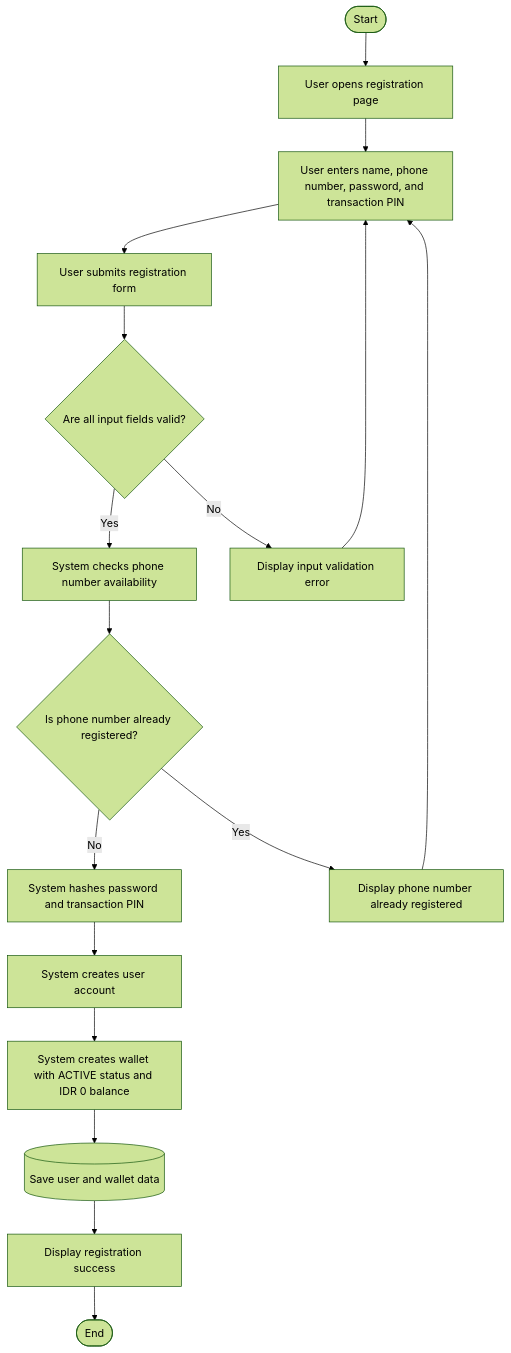
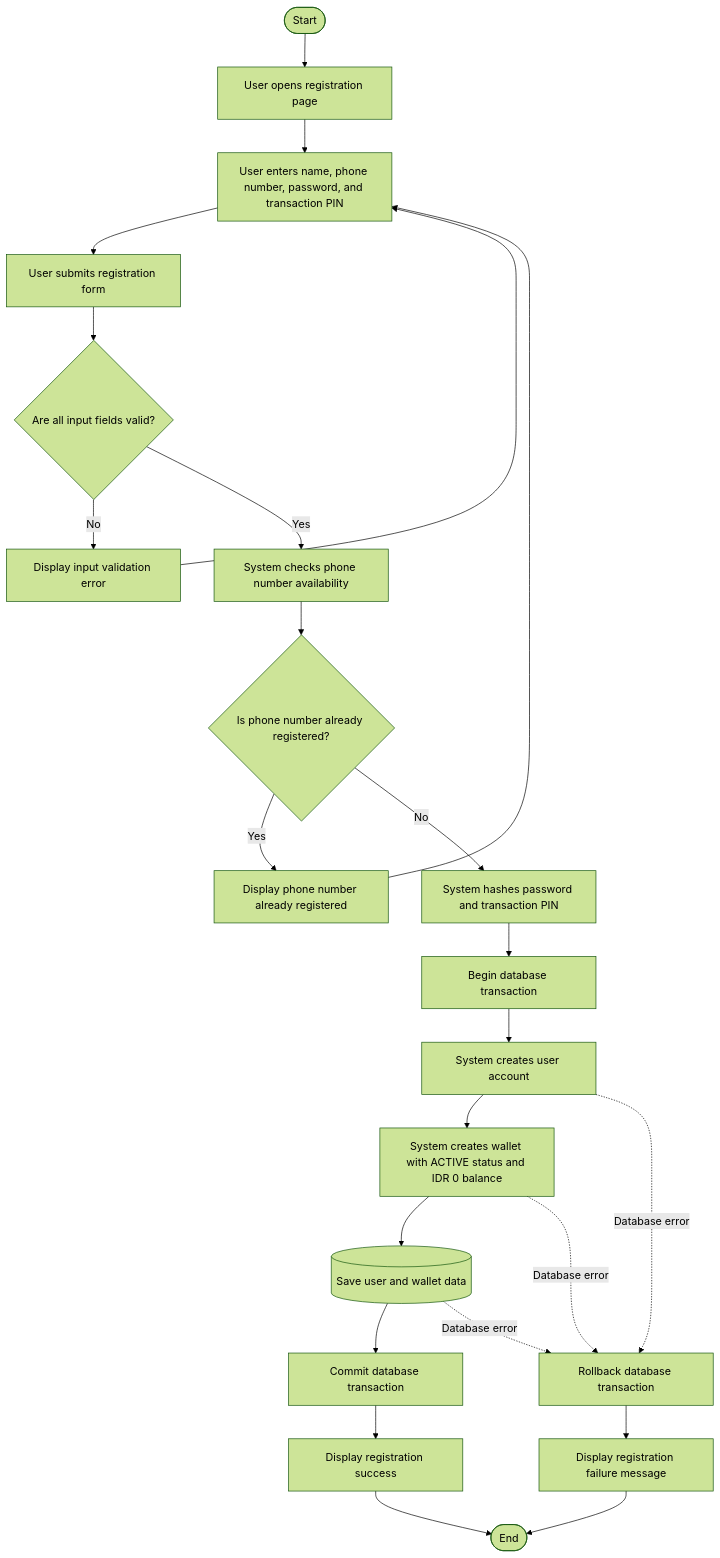
One commit to kakakikikukaki/finwallet changed the diagram in docs/diagrams/activity-register.mmd. Above: the diagram before and after it, drawn with Mermaid (forest theme).

Commit message:
docs: update activity register diagram

```diff
--- a/docs/diagrams/activity-register.mmd
+++ b/docs/diagrams/activity-register.mmd
@@ -1,37 +1,56 @@
 flowchart TD
     Start([Start])
     OpenPage[User opens registration page]
     InputData[User enters name, phone number, password, and transaction PIN]
     Submit[User submits registration form]
+
     Validate{Are all input fields valid?}
+    ErrorInput[Display input validation error]
+
     CheckPhone[System checks phone number availability]
     PhoneExists{Is phone number already registered?}
+    ErrorPhone[Display phone number already registered]
+
     HashPassword[System hashes password and transaction PIN]
+
+    BeginTransaction[Begin database transaction]
     CreateUser[System creates user account]
     CreateWallet[System creates wallet with ACTIVE status and IDR 0 balance]
     SaveData[(Save user and wallet data)]
+    Commit[Commit database transaction]
+
     Success[Display registration success]
-    ErrorInput[Display input validation error]
-    ErrorPhone[Display phone number already registered]
+
+    Rollback[Rollback database transaction]
+    ErrorSystem[Display registration failure message]
+
     End([End])
 
     Start --> OpenPage
     OpenPage --> InputData
     InputData --> Submit
     Submit --> Validate
 
     Validate -- No --> ErrorInput
     ErrorInput --> InputData
 
     Validate -- Yes --> CheckPhone
     CheckPhone --> PhoneExists
 
     PhoneExists -- Yes --> ErrorPhone
     ErrorPhone --> InputData
 
     PhoneExists -- No --> HashPassword
-    HashPassword --> CreateUser
+    HashPassword --> BeginTransaction
+    BeginTransaction --> CreateUser
     CreateUser --> CreateWallet
     CreateWallet --> SaveData
-    SaveData --> Success
+    SaveData --> Commit
+    Commit --> Success
     Success --> End
+
+    CreateUser -. Database error .-> Rollback
+    CreateWallet -. Database error .-> Rollback
+    SaveData -. Database error .-> Rollback
+    Rollback --> ErrorSystem
+    ErrorSystem --> End
```
